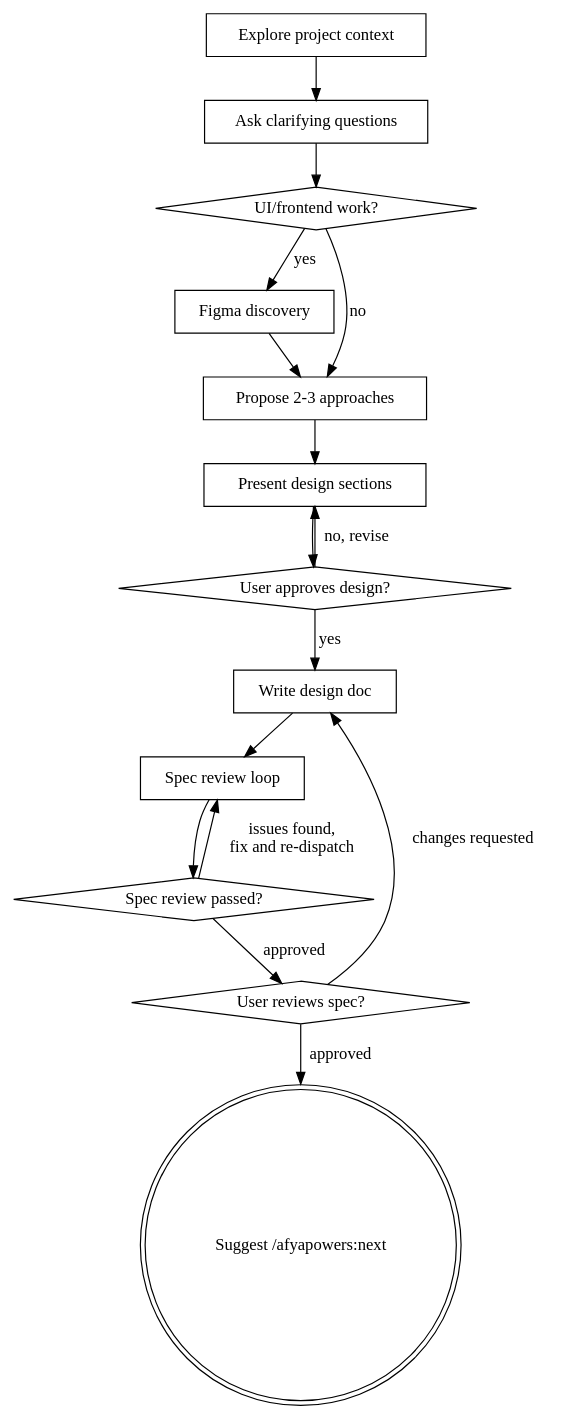
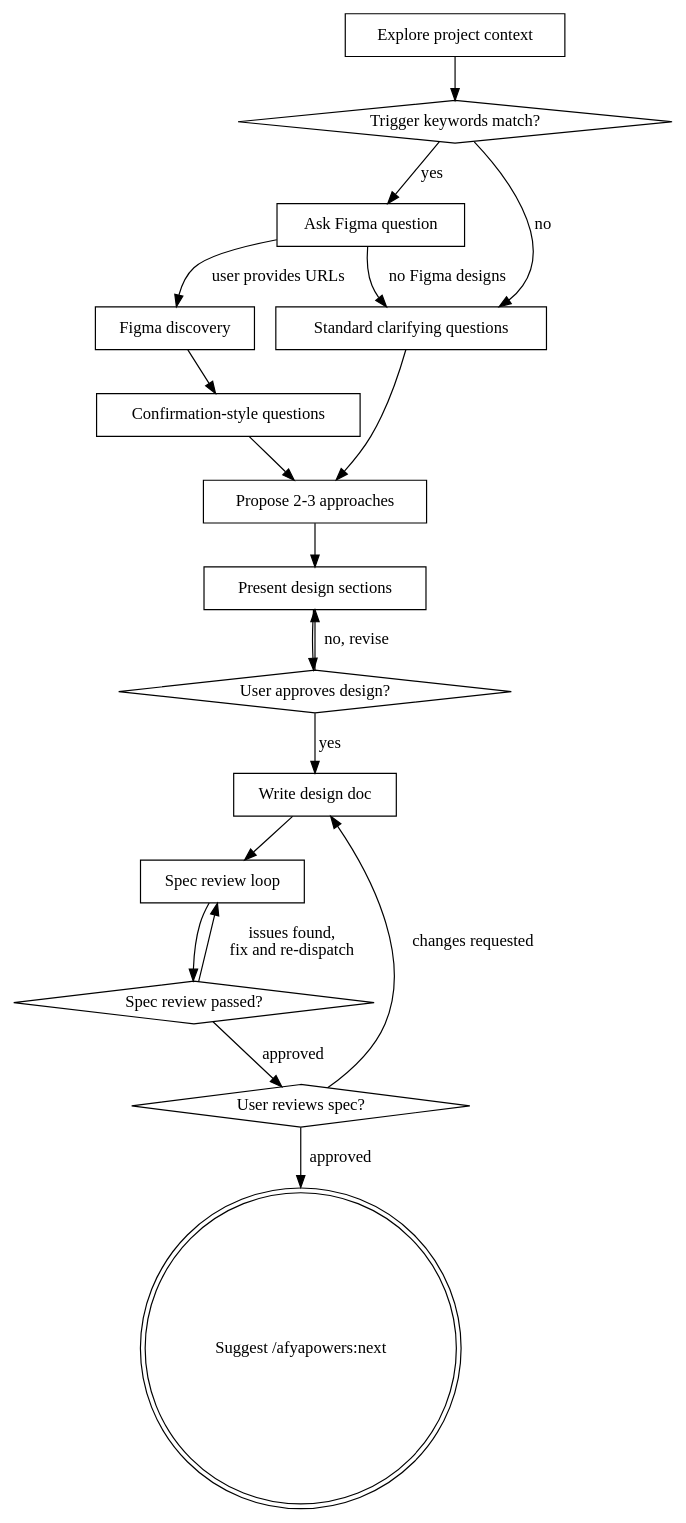
Before and after one commit to iclinic/afyapowers: the diagram in skills/design/SKILL.md, drawn with Graphviz. The commit also changed other lines of this file, not shown here.

First line of the commit message:
feat: add trigger keywords and reorder Figma discovery in design skill

````diff
--- a/skills/design/SKILL.md
+++ b/skills/design/SKILL.md
@@ -41,32 +41,37 @@
 ```dot
 digraph design {
     "Explore project context" [shape=box];
-    "Ask clarifying questions" [shape=box];
-    "UI/frontend work?" [shape=diamond];
+    "Trigger keywords match?" [shape=diamond];
+    "Ask Figma question" [shape=box];
     "Figma discovery" [shape=box];
+    "Confirmation-style questions" [shape=box];
+    "Standard clarifying questions" [shape=box];
     "Propose 2-3 approaches" [shape=box];
     "Present design sections" [shape=box];
     "User approves design?" [shape=diamond];
     "Write design doc" [shape=box];
     "Spec review loop" [shape=box];
     "Spec review passed?" [shape=diamond];
     "User reviews spec?" [shape=diamond];
     "Suggest /afyapowers:next" [shape=doublecircle];
 
-    "Explore project context" -> "Ask clarifying questions";
-    "Ask clarifying questions" -> "UI/frontend work?";
-    "UI/frontend work?" -> "Figma discovery" [label="yes"];
-    "UI/frontend work?" -> "Propose 2-3 approaches" [label="no"];
-    "Figma discovery" -> "Propose 2-3 approaches";
+    "Explore project context" -> "Trigger keywords match?";
+    "Trigger keywords match?" -> "Ask Figma question" [label="yes"];
+    "Trigger keywords match?" -> "Standard clarifying questions" [label="no"];
+    "Ask Figma question" -> "Figma discovery" [label="user provides URLs"];
+    "Ask Figma question" -> "Standard clarifying questions" [label="no Figma designs"];
+    "Figma discovery" -> "Confirmation-style questions";
+    "Confirmation-style questions" -> "Propose 2-3 approaches";
+    "Standard clarifying questions" -> "Propose 2-3 approaches";
     "Propose 2-3 approaches" -> "Present design sections";
     "Present design sections" -> "User approves design?";
     "User approves design?" -> "Present design sections" [label="no, revise"];
     "User approves design?" -> "Write design doc" [label="yes"];
     "Write design doc" -> "Spec review loop";
     "Spec review loop" -> "Spec review passed?";
     "Spec review passed?" -> "Spec review loop" [label="issues found,\nfix and re-dispatch"];
     "Spec review passed?" -> "User reviews spec?" [label="approved"];
     "User reviews spec?" -> "Write design doc" [label="changes requested"];
     "User reviews spec?" -> "Suggest /afyapowers:next" [label="approved"];
 }
 ```
````
